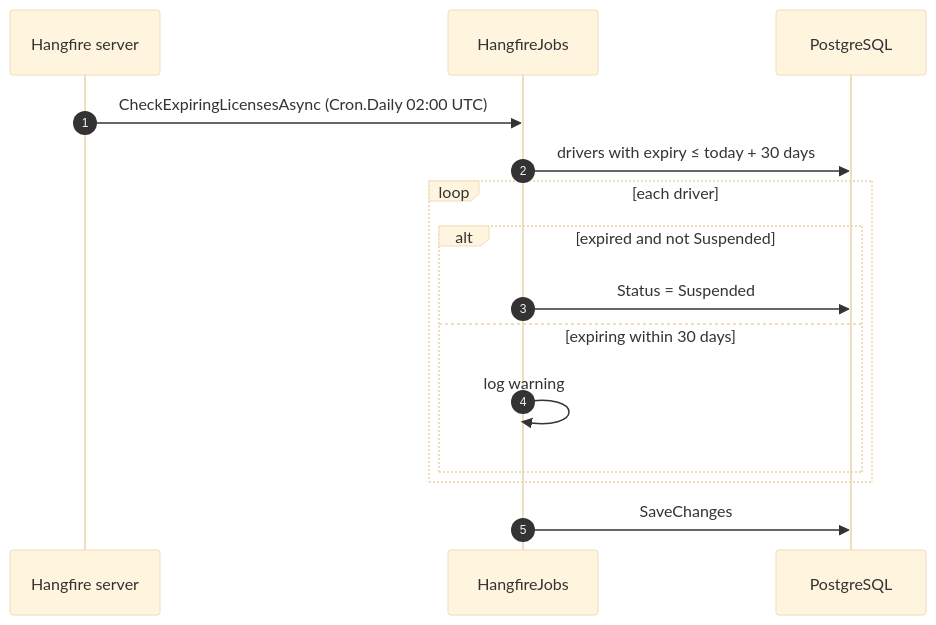
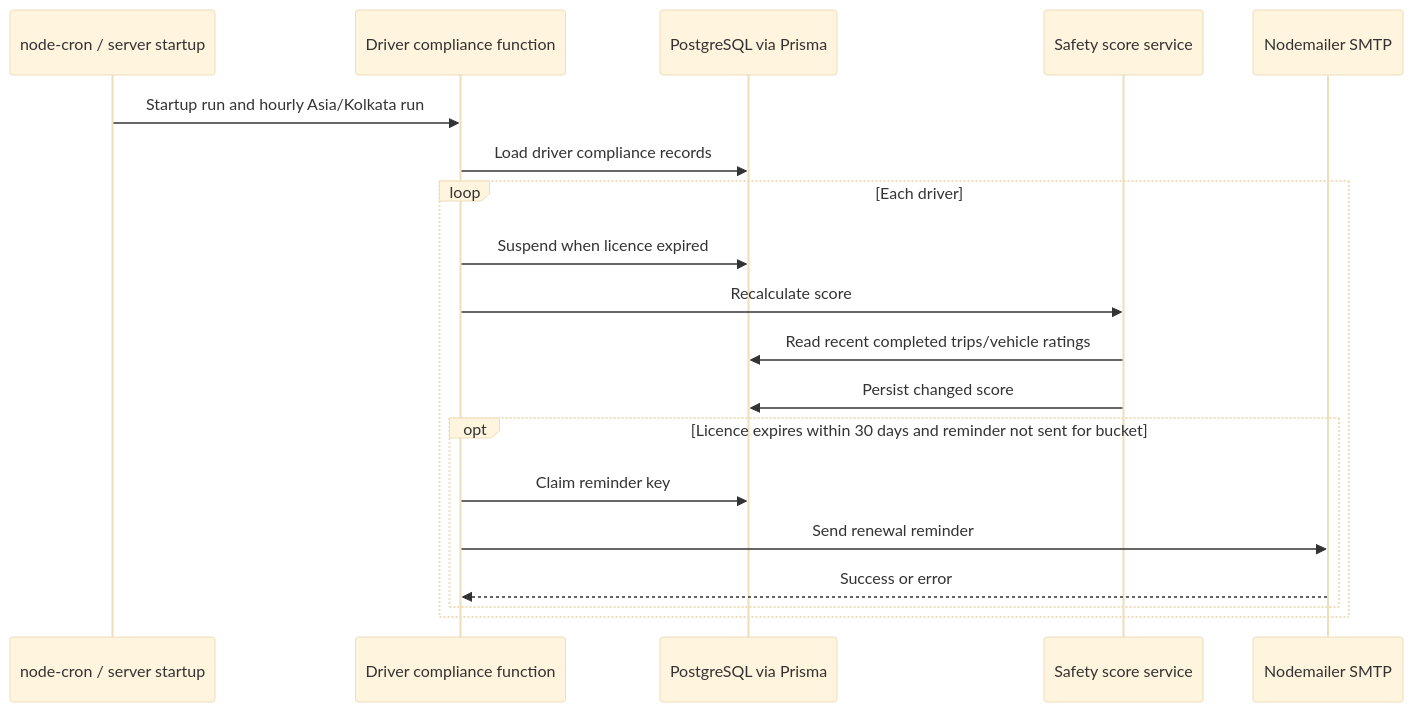
The fourth of 4 diagrams in docs/uml/06-sequence-diagrams.md (Bhavika-Giyanani/TransitOps), drawn with Mermaid (base theme) before and after one commit. The commit also changed other lines of this file and 48 other files, not shown here.

````diff
--- a/docs/uml/06-sequence-diagrams.md
+++ b/docs/uml/06-sequence-diagrams.md
@@ -189,17 +89,21 @@
 ```mermaid
 sequenceDiagram
-    autonumber
-    participant HF as Hangfire server
-    participant J as HangfireJobs
-    participant DB as PostgreSQL
-    HF->>J: CheckExpiringLicensesAsync (Cron.Daily 02:00 UTC)
-    J->>DB: drivers with expiry ≤ today + 30 days
-    loop each driver
-        alt expired and not Suspended
-            J->>DB: Status = Suspended
-        else expiring within 30 days
-            J->>J: log warning
-        end
+  participant Cron as node-cron / server startup
+  participant Job as Driver compliance function
+  participant DB as PostgreSQL via Prisma
+  participant Score as Safety score service
+  participant Mail as Nodemailer SMTP
+  Cron->>Job: Startup run and hourly Asia/Kolkata run
+  Job->>DB: Load driver compliance records
+  loop Each driver
+    Job->>DB: Suspend when licence expired
+    Job->>Score: Recalculate score
+    Score->>DB: Read recent completed trips/vehicle ratings
+    Score->>DB: Persist changed score
+    opt Licence expires within 30 days and reminder not sent for bucket
+      Job->>DB: Claim reminder key
+      Job->>Mail: Send renewal reminder
+      Mail-->>Job: Success or error
     end
-    J->>DB: SaveChanges
+  end
 ```
````
